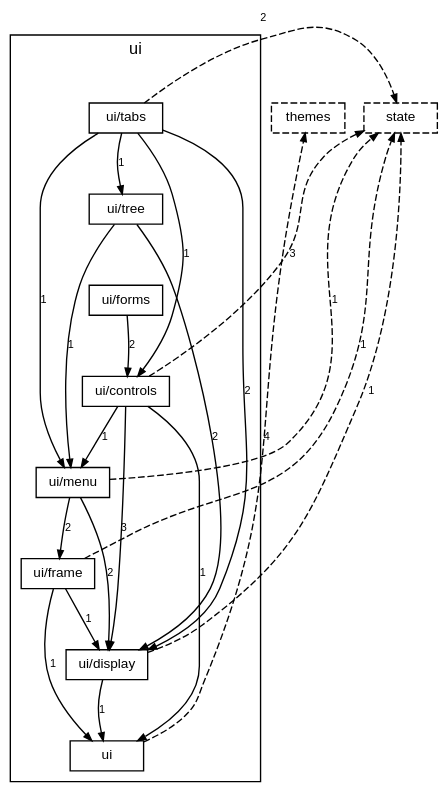
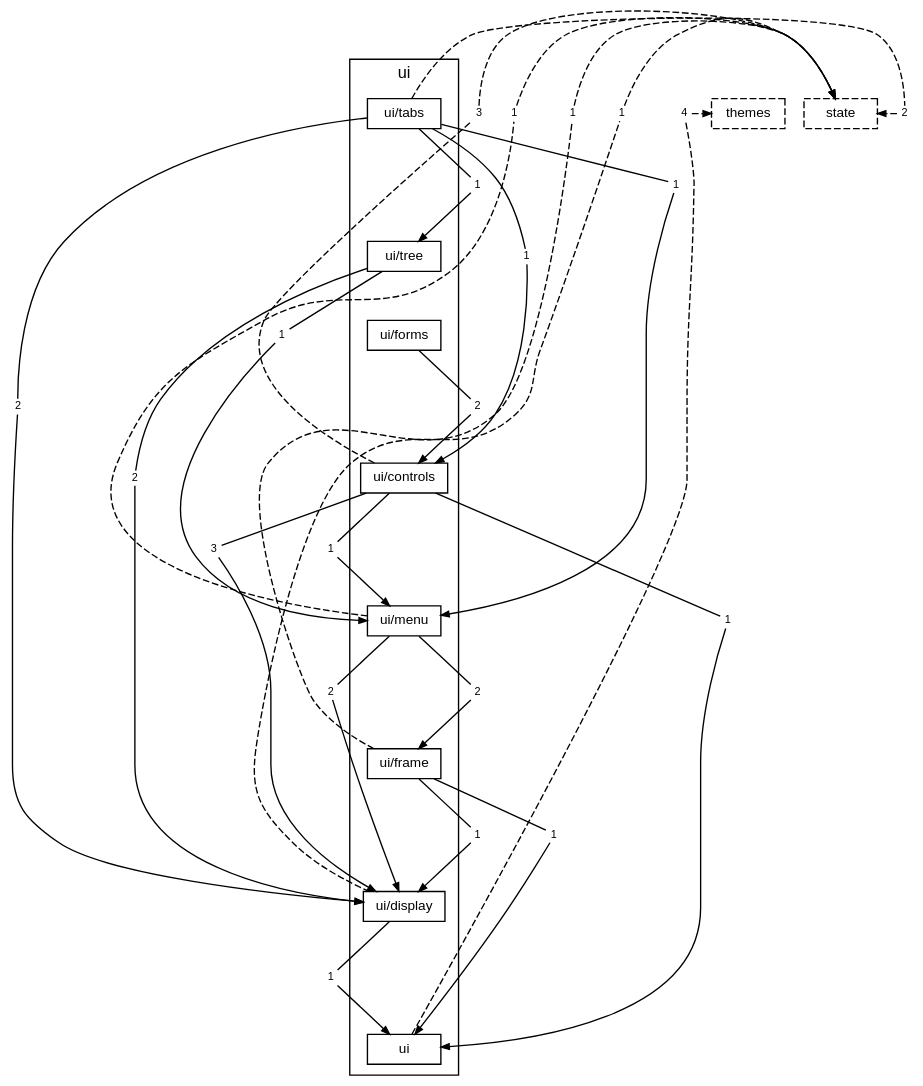
The diagram in docs/diagrams/layer-ui.dot (TheAxeC/oculus), drawn with Graphviz before and after one commit. The commit also changed 433 other files, not shown here.

```diff
--- a/docs/diagrams/layer-ui.dot
+++ b/docs/diagrams/layer-ui.dot
@@ -1,46 +1,88 @@
 digraph layer_ui {
     graph [bgcolor="transparent", rankdir=TB, newrank=true, fontname="Helvetica,Arial,sans-serif", fontsize=12, nodesep=0.2, ranksep=0.5];
     node [shape=box, color="black", fontcolor="black", fontname="Helvetica,Arial,sans-serif", fontsize=10, height=0.3, margin="0.12,0.04"];
     edge [color="black", fontcolor="black", fontname="Helvetica,Arial,sans-serif", fontsize=8, arrowsize=0.6];
     subgraph "cluster_ui" {
         label="ui"; style=solid;
         "folder ui/tabs" [label="ui/tabs"];
         "folder ui/tree" [label="ui/tree"];
         "folder ui/forms" [label="ui/forms"];
         "folder ui/controls" [label="ui/controls"];
         "folder ui/menu" [label="ui/menu"];
         "folder ui/frame" [label="ui/frame"];
         "folder ui/display" [label="ui/display"];
         "folder ui" [label="ui"];
     }
     "layer state" [label="state", style=dashed];
     "layer themes" [label="themes", style=dashed];
     "folder ui/tabs" -> "folder ui/tree" [style=invis, weight=10];
     "folder ui/tree" -> "folder ui/forms" [style=invis, weight=10];
     "folder ui/forms" -> "folder ui/controls" [style=invis, weight=10];
     "folder ui/controls" -> "folder ui/menu" [style=invis, weight=10];
     "folder ui/menu" -> "folder ui/frame" [style=invis, weight=10];
     "folder ui/frame" -> "folder ui/display" [style=invis, weight=10];
     "folder ui/display" -> "folder ui" [style=invis, weight=10];
-    "folder ui" -> "layer themes" [label="4", style=dashed, constraint=false];
-    "folder ui/controls" -> "folder ui" [label="1"];
-    "folder ui/controls" -> "folder ui/display" [label="3"];
-    "folder ui/controls" -> "folder ui/menu" [label="1"];
-    "folder ui/controls" -> "layer state" [label="3", style=dashed, constraint=false];
-    "folder ui/display" -> "folder ui" [label="1"];
-    "folder ui/display" -> "layer state" [label="1", style=dashed, constraint=false];
-    "folder ui/forms" -> "folder ui/controls" [label="2"];
-    "folder ui/frame" -> "folder ui" [label="1"];
-    "folder ui/frame" -> "folder ui/display" [label="1"];
-    "folder ui/frame" -> "layer state" [label="1", style=dashed, constraint=false];
-    "folder ui/menu" -> "folder ui/display" [label="2"];
-    "folder ui/menu" -> "folder ui/frame" [label="2"];
-    "folder ui/menu" -> "layer state" [label="1", style=dashed, constraint=false];
-    "folder ui/tabs" -> "folder ui/controls" [label="1"];
-    "folder ui/tabs" -> "folder ui/display" [label="2"];
-    "folder ui/tabs" -> "folder ui/menu" [label="1"];
-    "folder ui/tabs" -> "folder ui/tree" [label="1"];
-    "folder ui/tabs" -> "layer state" [label="2", style=dashed, constraint=false];
-    "folder ui/tree" -> "folder ui/display" [label="2"];
-    "folder ui/tree" -> "folder ui/menu" [label="1"];
+    "folder ui to layer themes" [label="4", shape=box, color="transparent", fontsize=8, width=0, height=0, margin="0.04,0.02"];
+    "folder ui" -> "folder ui to layer themes" [arrowhead=none, style=dashed, constraint=false];
+    "folder ui to layer themes" -> "layer themes" [style=dashed, constraint=false];
+    "folder ui/controls to folder ui" [label="1", shape=box, color="transparent", fontsize=8, width=0, height=0, margin="0.04,0.02"];
+    "folder ui/controls" -> "folder ui/controls to folder ui" [arrowhead=none];
+    "folder ui/controls to folder ui" -> "folder ui" [];
+    "folder ui/controls to folder ui/display" [label="3", shape=box, color="transparent", fontsize=8, width=0, height=0, margin="0.04,0.02"];
+    "folder ui/controls" -> "folder ui/controls to folder ui/display" [arrowhead=none];
+    "folder ui/controls to folder ui/display" -> "folder ui/display" [];
+    "folder ui/controls to folder ui/menu" [label="1", shape=box, color="transparent", fontsize=8, width=0, height=0, margin="0.04,0.02"];
+    "folder ui/controls" -> "folder ui/controls to folder ui/menu" [arrowhead=none];
+    "folder ui/controls to folder ui/menu" -> "folder ui/menu" [];
+    "folder ui/controls to layer state" [label="3", shape=box, color="transparent", fontsize=8, width=0, height=0, margin="0.04,0.02"];
+    "folder ui/controls" -> "folder ui/controls to layer state" [arrowhead=none, style=dashed, constraint=false];
+    "folder ui/controls to layer state" -> "layer state" [style=dashed, constraint=false];
+    "folder ui/display to folder ui" [label="1", shape=box, color="transparent", fontsize=8, width=0, height=0, margin="0.04,0.02"];
+    "folder ui/display" -> "folder ui/display to folder ui" [arrowhead=none];
+    "folder ui/display to folder ui" -> "folder ui" [];
+    "folder ui/display to layer state" [label="1", shape=box, color="transparent", fontsize=8, width=0, height=0, margin="0.04,0.02"];
+    "folder ui/display" -> "folder ui/display to layer state" [arrowhead=none, style=dashed, constraint=false];
+    "folder ui/display to layer state" -> "layer state" [style=dashed, constraint=false];
+    "folder ui/forms to folder ui/controls" [label="2", shape=box, color="transparent", fontsize=8, width=0, height=0, margin="0.04,0.02"];
+    "folder ui/forms" -> "folder ui/forms to folder ui/controls" [arrowhead=none];
+    "folder ui/forms to folder ui/controls" -> "folder ui/controls" [];
+    "folder ui/frame to folder ui" [label="1", shape=box, color="transparent", fontsize=8, width=0, height=0, margin="0.04,0.02"];
+    "folder ui/frame" -> "folder ui/frame to folder ui" [arrowhead=none];
+    "folder ui/frame to folder ui" -> "folder ui" [];
+    "folder ui/frame to folder ui/display" [label="1", shape=box, color="transparent", fontsize=8, width=0, height=0, margin="0.04,0.02"];
+    "folder ui/frame" -> "folder ui/frame to folder ui/display" [arrowhead=none];
+    "folder ui/frame to folder ui/display" -> "folder ui/display" [];
+    "folder ui/frame to layer state" [label="1", shape=box, color="transparent", fontsize=8, width=0, height=0, margin="0.04,0.02"];
+    "folder ui/frame" -> "folder ui/frame to layer state" [arrowhead=none, style=dashed, constraint=false];
+    "folder ui/frame to layer state" -> "layer state" [style=dashed, constraint=false];
+    "folder ui/menu to folder ui/display" [label="2", shape=box, color="transparent", fontsize=8, width=0, height=0, margin="0.04,0.02"];
+    "folder ui/menu" -> "folder ui/menu to folder ui/display" [arrowhead=none];
+    "folder ui/menu to folder ui/display" -> "folder ui/display" [];
+    "folder ui/menu to folder ui/frame" [label="2", shape=box, color="transparent", fontsize=8, width=0, height=0, margin="0.04,0.02"];
+    "folder ui/menu" -> "folder ui/menu to folder ui/frame" [arrowhead=none];
+    "folder ui/menu to folder ui/frame" -> "folder ui/frame" [];
+    "folder ui/menu to layer state" [label="1", shape=box, color="transparent", fontsize=8, width=0, height=0, margin="0.04,0.02"];
+    "folder ui/menu" -> "folder ui/menu to layer state" [arrowhead=none, style=dashed, constraint=false];
+    "folder ui/menu to layer state" -> "layer state" [style=dashed, constraint=false];
+    "folder ui/tabs to folder ui/controls" [label="1", shape=box, color="transparent", fontsize=8, width=0, height=0, margin="0.04,0.02"];
+    "folder ui/tabs" -> "folder ui/tabs to folder ui/controls" [arrowhead=none];
+    "folder ui/tabs to folder ui/controls" -> "folder ui/controls" [];
+    "folder ui/tabs to folder ui/display" [label="2", shape=box, color="transparent", fontsize=8, width=0, height=0, margin="0.04,0.02"];
+    "folder ui/tabs" -> "folder ui/tabs to folder ui/display" [arrowhead=none];
+    "folder ui/tabs to folder ui/display" -> "folder ui/display" [];
+    "folder ui/tabs to folder ui/menu" [label="1", shape=box, color="transparent", fontsize=8, width=0, height=0, margin="0.04,0.02"];
+    "folder ui/tabs" -> "folder ui/tabs to folder ui/menu" [arrowhead=none];
+    "folder ui/tabs to folder ui/menu" -> "folder ui/menu" [];
+    "folder ui/tabs to folder ui/tree" [label="1", shape=box, color="transparent", fontsize=8, width=0, height=0, margin="0.04,0.02"];
+    "folder ui/tabs" -> "folder ui/tabs to folder ui/tree" [arrowhead=none];
+    "folder ui/tabs to folder ui/tree" -> "folder ui/tree" [];
+    "folder ui/tabs to layer state" [label="2", shape=box, color="transparent", fontsize=8, width=0, height=0, margin="0.04,0.02"];
+    "folder ui/tabs" -> "folder ui/tabs to layer state" [arrowhead=none, style=dashed, constraint=false];
+    "folder ui/tabs to layer state" -> "layer state" [style=dashed, constraint=false];
+    "folder ui/tree to folder ui/display" [label="2", shape=box, color="transparent", fontsize=8, width=0, height=0, margin="0.04,0.02"];
+    "folder ui/tree" -> "folder ui/tree to folder ui/display" [arrowhead=none];
+    "folder ui/tree to folder ui/display" -> "folder ui/display" [];
+    "folder ui/tree to folder ui/menu" [label="1", shape=box, color="transparent", fontsize=8, width=0, height=0, margin="0.04,0.02"];
+    "folder ui/tree" -> "folder ui/tree to folder ui/menu" [arrowhead=none];
+    "folder ui/tree to folder ui/menu" -> "folder ui/menu" [];
 }
```
